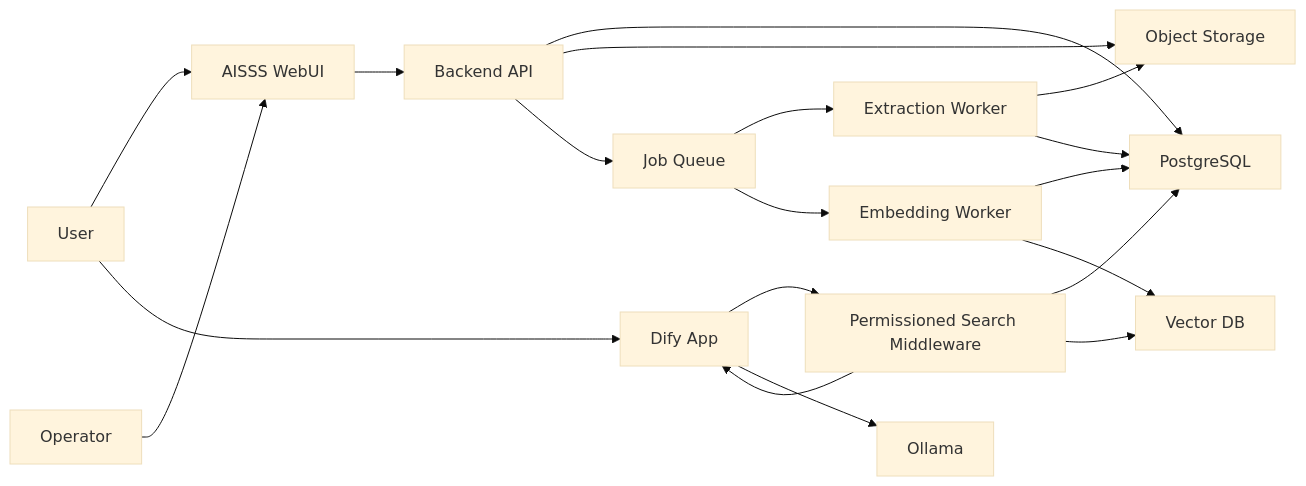
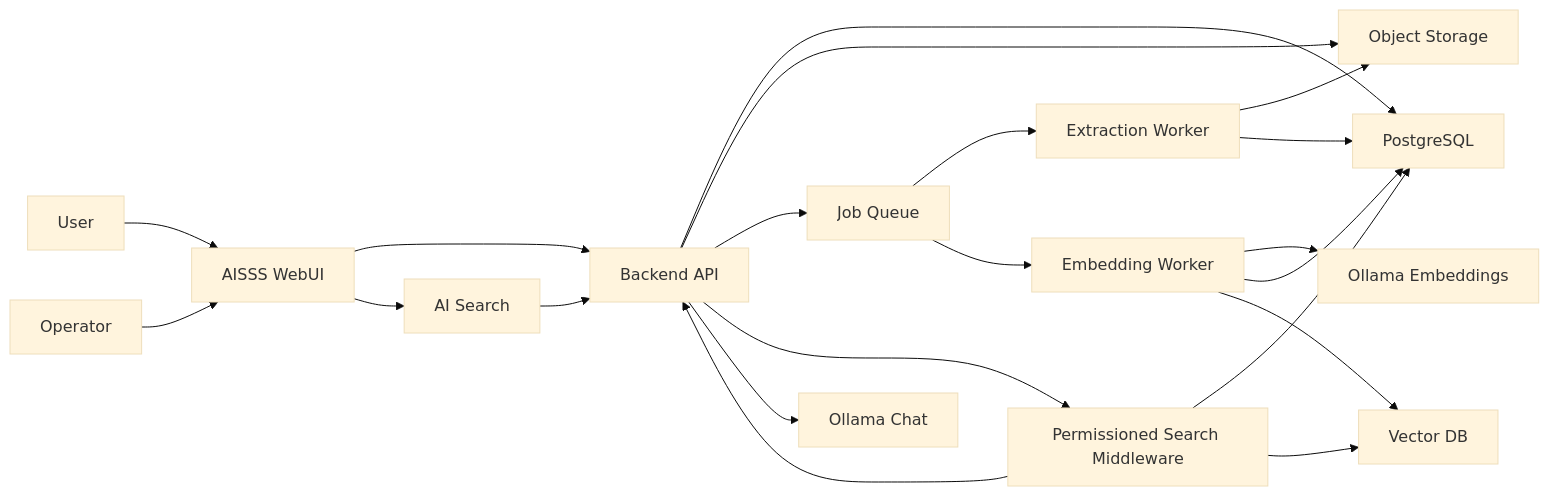
One commit to matrix9neonebuchadnezzar2199-sketch/Aisss changed the diagram in docs/02-overall-design.md. Above: the diagram before and after it, drawn with Mermaid (base theme). The commit also changed other lines of this file and 28 other files, not shown here.

First line of the commit message:
docs(arch): remove Dify and adopt native Ollama AISSS design

````diff
--- a/docs/02-overall-design.md
+++ b/docs/02-overall-design.md
@@ -15,21 +15,23 @@
 ```mermaid
 flowchart LR
   user["User"] --> webui["AISSS WebUI"]
   admin["Operator"] --> webui
   webui --> backend["Backend API"]
   backend --> postgres["PostgreSQL"]
   backend --> objectStorage["Object Storage"]
   backend --> queue["Job Queue"]
   queue --> extractionWorker["Extraction Worker"]
   queue --> embeddingWorker["Embedding Worker"]
   extractionWorker --> objectStorage
   extractionWorker --> postgres
+  embeddingWorker --> ollamaEmbed["Ollama Embeddings"]
   embeddingWorker --> postgres
   embeddingWorker --> vectorDb["Vector DB"]
-  user --> dify["Dify App"]
-  dify --> searchMiddleware["Permissioned Search Middleware"]
+  webui --> aiChat["AI Search"]
+  aiChat --> backend
+  backend --> searchMiddleware["Permissioned Search Middleware"]
   searchMiddleware --> postgres
   searchMiddleware --> vectorDb
-  searchMiddleware --> dify
-  dify --> ollama["Ollama"]
+  searchMiddleware --> backend
+  backend --> ollamaChat["Ollama Chat"]
 ```
````
